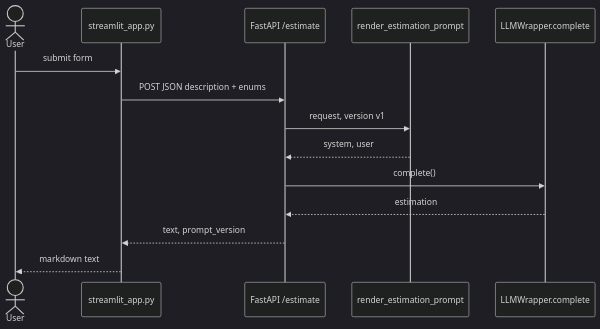
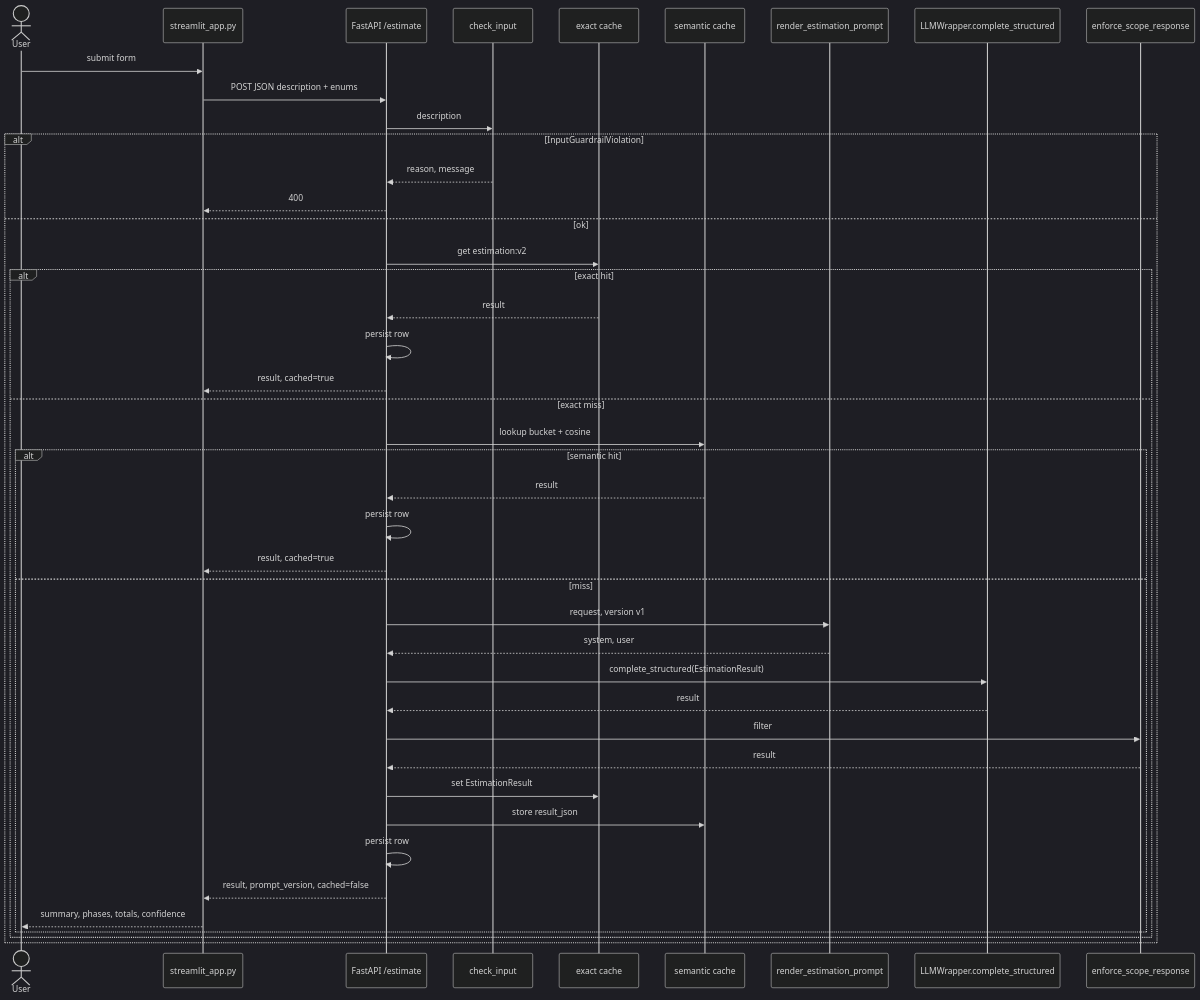
Before and after one commit to morales4dev/ai-engineering: the diagram in estimador-cag/README.md, drawn with Mermaid (dark theme). The commit also changed other lines of this file and 26 other files, not shown here.

````diff
--- a/estimador-cag/README.md
+++ b/estimador-cag/README.md
@@ -74,17 +75,46 @@
 ```mermaid
 sequenceDiagram
     actor User
     participant UI as streamlit_app.py
     participant API as FastAPI /estimate
+    participant In as check_input
+    participant Exact as exact cache
+    participant Sem as semantic cache
     participant Loader as render_estimation_prompt
-    participant W as LLMWrapper.complete
+    participant W as LLMWrapper.complete_structured
+    participant Out as enforce_scope_response
 
     User->>UI: submit form
     UI->>API: POST JSON description + enums
-    API->>Loader: request, version v1
-    Loader-->>API: system, user
-    API->>W: complete()
-    W-->>API: estimation
-    API-->>UI: text, prompt_version
-    UI-->>User: markdown text
+    API->>In: description
+    alt InputGuardrailViolation
+        In-->>API: reason, message
+        API-->>UI: 400
+    else ok
+        API->>Exact: get estimation:v2
+        alt exact hit
+            Exact-->>API: result
+            API->>API: persist row
+            API-->>UI: result, cached=true
+        else exact miss
+            API->>Sem: lookup bucket + cosine
+            alt semantic hit
+                Sem-->>API: result
+                API->>API: persist row
+                API-->>UI: result, cached=true
+            else miss
+                API->>Loader: request, version v1
+                Loader-->>API: system, user
+                API->>W: complete_structured(EstimationResult)
+                W-->>API: result
+                API->>Out: filter
+                Out-->>API: result
+                API->>Exact: set EstimationResult
+                API->>Sem: store result_json
+                API->>API: persist row
+                API-->>UI: result, prompt_version, cached=false
+                UI-->>User: summary, phases, totals, confidence
+            end
+        end
+    end
 ```
````
